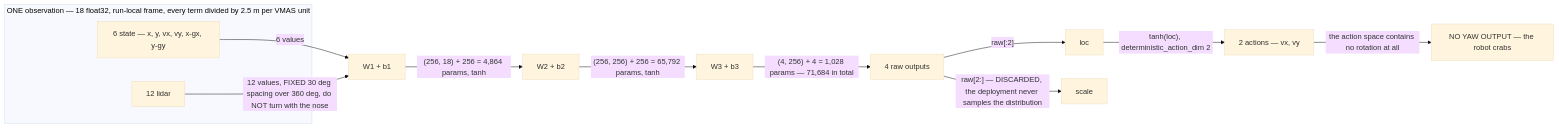
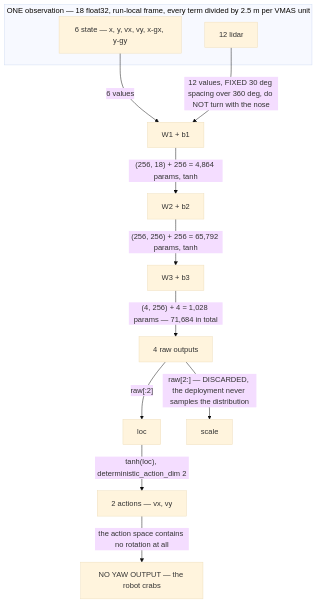
The second of 4 diagrams in docs/WHITEPAPER.md (armwaheed/mappo-arm-cloud-physical-ai), drawn with Mermaid (base theme) before and after one commit. The commit also changed other lines of this file and 2 other files, not shown here.

First line of the commit message:
The whitepaper reads before it is read: TB diagrams, an abstract, a contents page, numbered subheadings, and a D1 render (#165) (#166)

````diff
--- a/docs/WHITEPAPER.md
+++ b/docs/WHITEPAPER.md
@@ -198,25 +261,25 @@
 ```mermaid
-flowchart LR
+flowchart TB
     subgraph OBS["ONE observation — 18 float32, run-local frame, every term divided by 2.5 m per VMAS unit"]
       STATE["6 state — x, y, vx, vy, x-gx, y-gy"]
       LIDAR[12 lidar]
     end
     W1[W1 + b1]
     W2[W2 + b2]
     W3[W3 + b3]
     RAW[4 raw outputs]
     LOC[loc]
     SCALE[scale]
     OUT["2 actions — vx, vy"]
     YAW["NO YAW OUTPUT — the robot crabs"]
 
     STATE -- "6 values" --> W1
     LIDAR -- "12 values, FIXED 30 deg spacing over 360 deg, do NOT turn with the nose" --> W1
     W1 -- "(256, 18) + 256 = 4,864 params, tanh" --> W2
     W2 -- "(256, 256) + 256 = 65,792 params, tanh" --> W3
     W3 -- "(4, 256) + 4 = 1,028 params — 71,684 in total" --> RAW
     RAW -- "raw[:2]" --> LOC
     RAW -- "raw[2:] — DISCARDED, the deployment never samples the distribution" --> SCALE
     LOC -- "tanh(loc), deterministic_action_dim 2" --> OUT
     OUT -- "the action space contains no rotation at all" --> YAW
 ```
````
